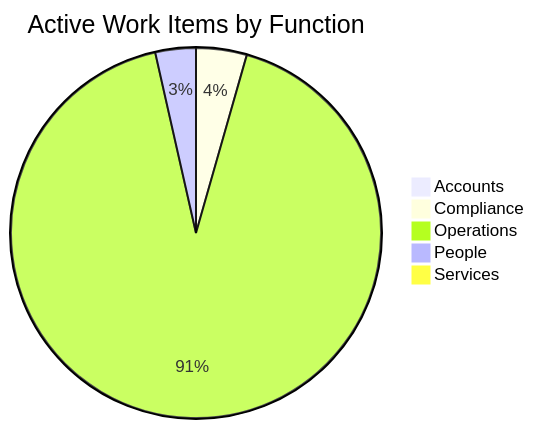
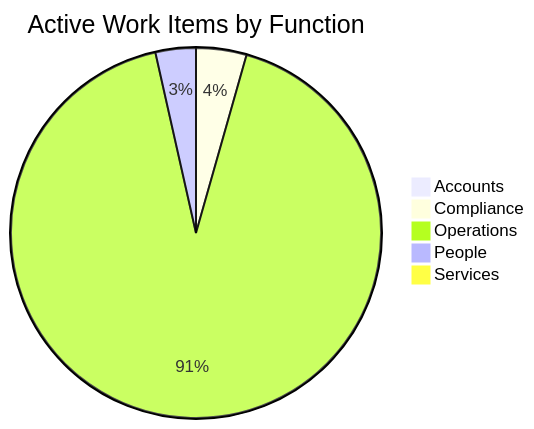
Before and after one commit to mgosal/5et.uk: the first of 3 diagrams in dashboard.md, drawn with Mermaid. The commit also changed other lines of this file and 6 other files, not shown here.

````diff
--- a/dashboard.md
+++ b/dashboard.md
@@ -288,8 +535,8 @@
 ```mermaid
 pie title Active Work Items by Function
     "Accounts" : 2
     "Compliance" : 10
-    "Operations" : 208
+    "Operations" : 209
     "People" : 8
     "Services" : 1
 ```
````
